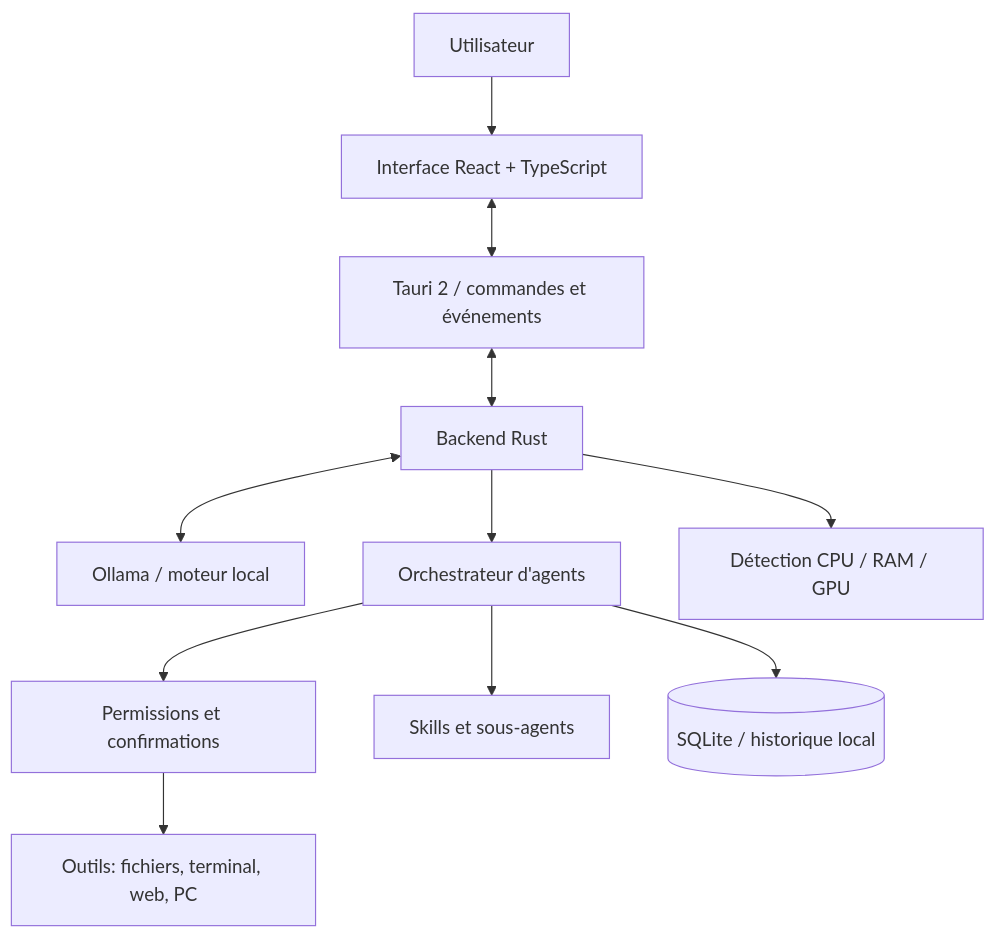
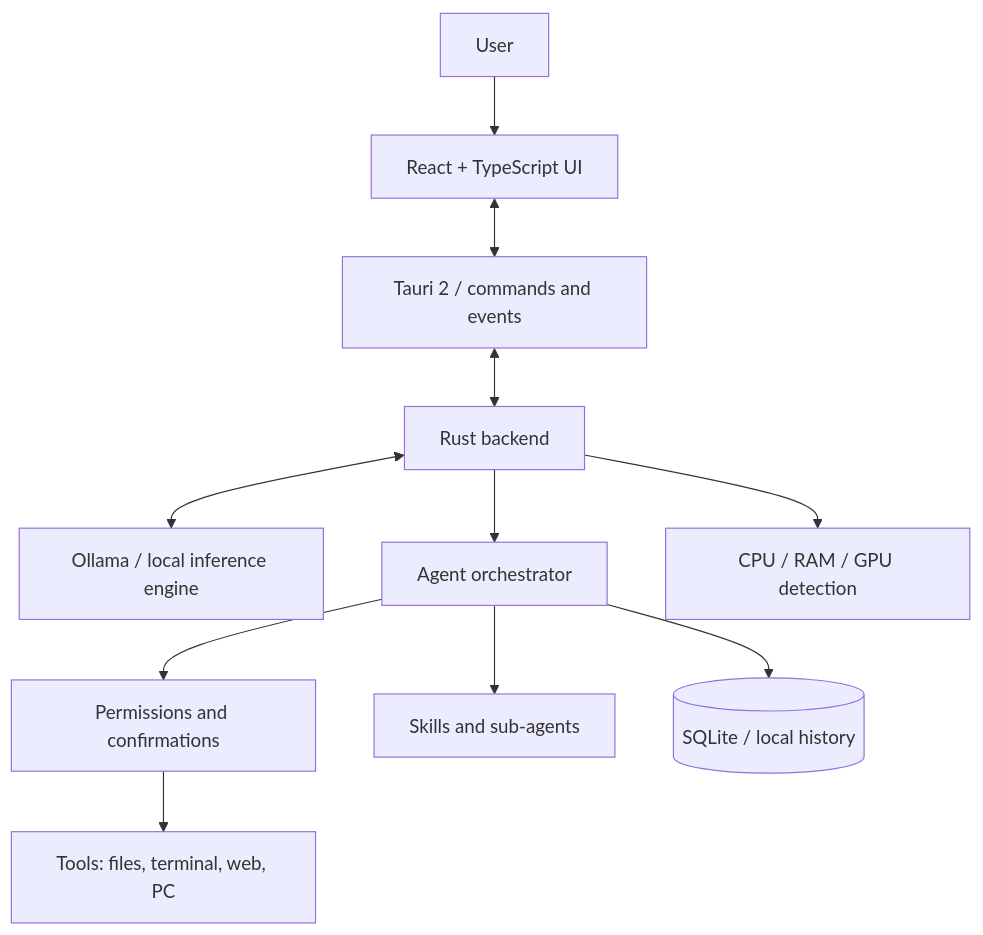
Before and after one commit to CraftyPlayerYT/local-agent: the diagram in README.md, drawn with Mermaid. The commit also changed other lines of this file, not shown here.

````diff
--- a/README.md
+++ b/README.md
@@ -186,13 +187,13 @@
 ```mermaid
 flowchart TD
-    U[Utilisateur] --> UI[Interface React + TypeScript]
-    UI <--> T[Tauri 2 / commandes et événements]
-    T <--> R[Backend Rust]
-    R <--> O[Ollama / moteur local]
-    R --> A[Orchestrateur d'agents]
-    A --> P[Permissions et confirmations]
-    P --> F[Outils: fichiers, terminal, web, PC]
-    A --> S[Skills et sous-agents]
-    A --> DB[(SQLite / historique local)]
-    R --> G[Détection CPU / RAM / GPU]
+    U[User] --> UI[React + TypeScript UI]
+    UI <--> T[Tauri 2 / commands and events]
+    T <--> R[Rust backend]
+    R <--> O[Ollama / local inference engine]
+    R --> A[Agent orchestrator]
+    A --> P[Permissions and confirmations]
+    P --> F[Tools: files, terminal, web, PC]
+    A --> S[Skills and sub-agents]
+    A --> DB[(SQLite / local history)]
+    R --> G[CPU / RAM / GPU detection]
 ```
````
